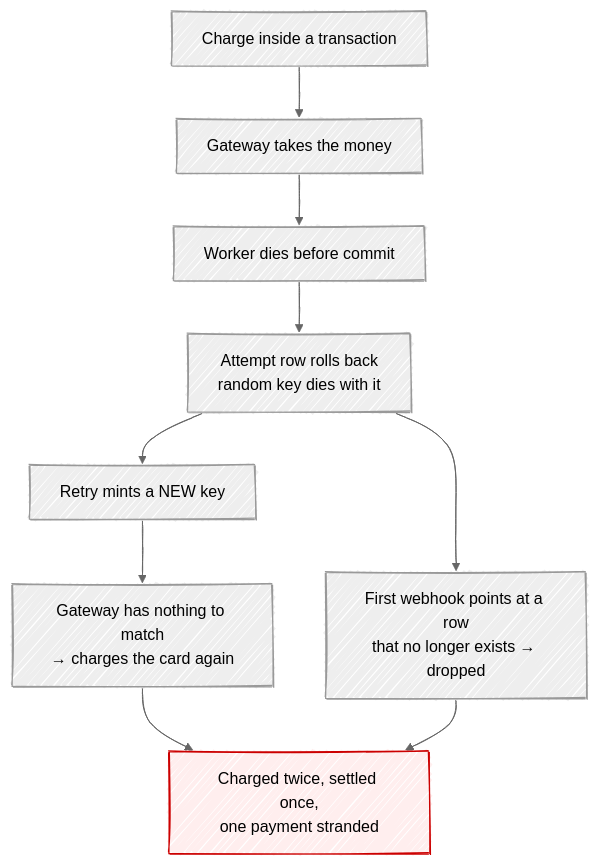
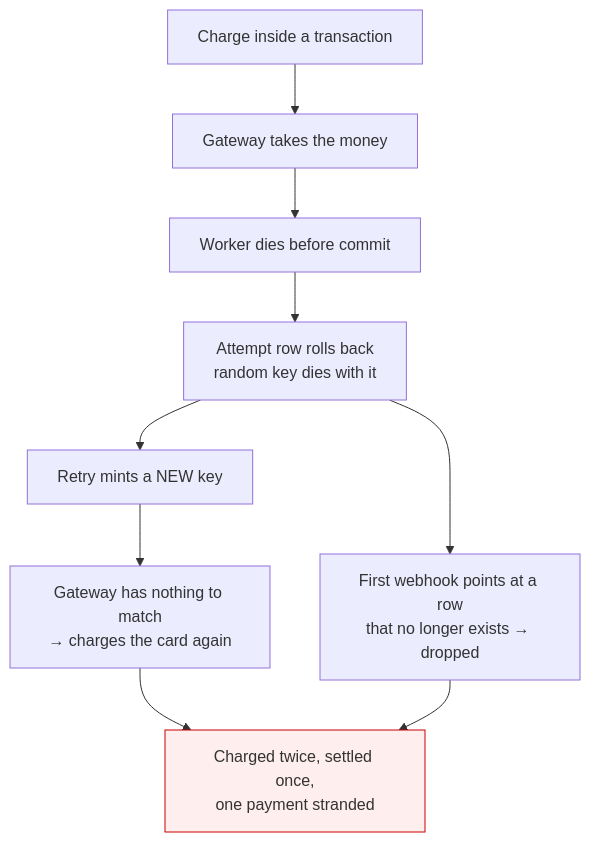
Before and after one commit to saurabh6790/v2-billing-specs: the third of 11 diagrams in billing-improvements-explained.md, drawn with Mermaid. The commit also changed other lines of this file and 12 other files, not shown here.

Commit message:
blog: diagrams as excalidraw exports, mermaid kept as the source

````diff
--- a/billing-improvements-explained.md
+++ b/billing-improvements-explained.md
@@ -94,18 +101,12 @@
 ```mermaid
----
-config:
-  look: handDrawn
-  theme: neutral
-  handDrawnSeed: 1
----
 flowchart TD
     A["Charge inside a transaction"] --> B["Gateway takes the money"]
     B --> C["Worker dies before commit"]
     C --> D["Attempt row rolls back<br/>random key dies with it"]
     D --> E["Retry mints a NEW key"]
     E --> F["Gateway has nothing to match<br/>→ charges the card again"]
     D --> G["First webhook points at a row<br/>that no longer exists → dropped"]
     F --> H["Charged twice, settled once,<br/>one payment stranded"]
     G --> H
     style H fill:#fee,stroke:#c00
 ```
````
